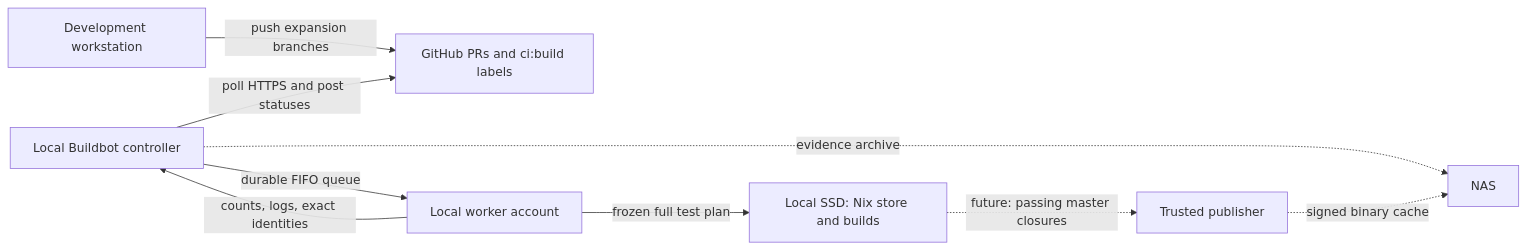
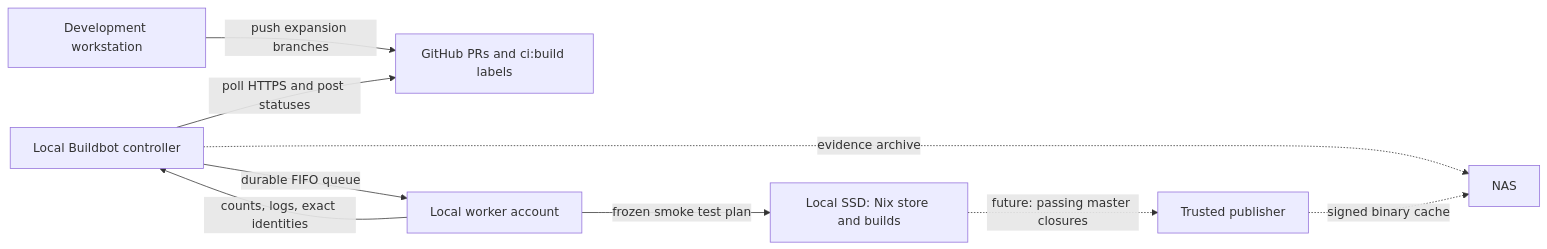
Before and after one commit to trayanr/tvp: the diagram in ci/ARCHITECTURE.md, drawn with Mermaid. The commit also changed other lines of this file and 240 other files, not shown here.

````diff
--- a/ci/ARCHITECTURE.md
+++ b/ci/ARCHITECTURE.md
@@ -20,11 +24,11 @@
 ```mermaid
 flowchart LR
     developer[Development workstation] -->|push expansion branches| github[GitHub PRs and ci:build labels]
     controller[Local Buildbot controller] -->|poll HTTPS and post statuses| github
     controller -->|durable FIFO queue| worker[Local worker account]
-    worker -->|frozen full test plan| store[Local SSD: Nix store and builds]
+    worker -->|frozen smoke test plan| store[Local SSD: Nix store and builds]
     worker -->|counts, logs, exact identities| controller
     controller -. evidence archive .-> nas[NAS]
     store -. future: passing master closures .-> publisher[Trusted publisher]
     publisher -. signed binary cache .-> nas
 ```
````
